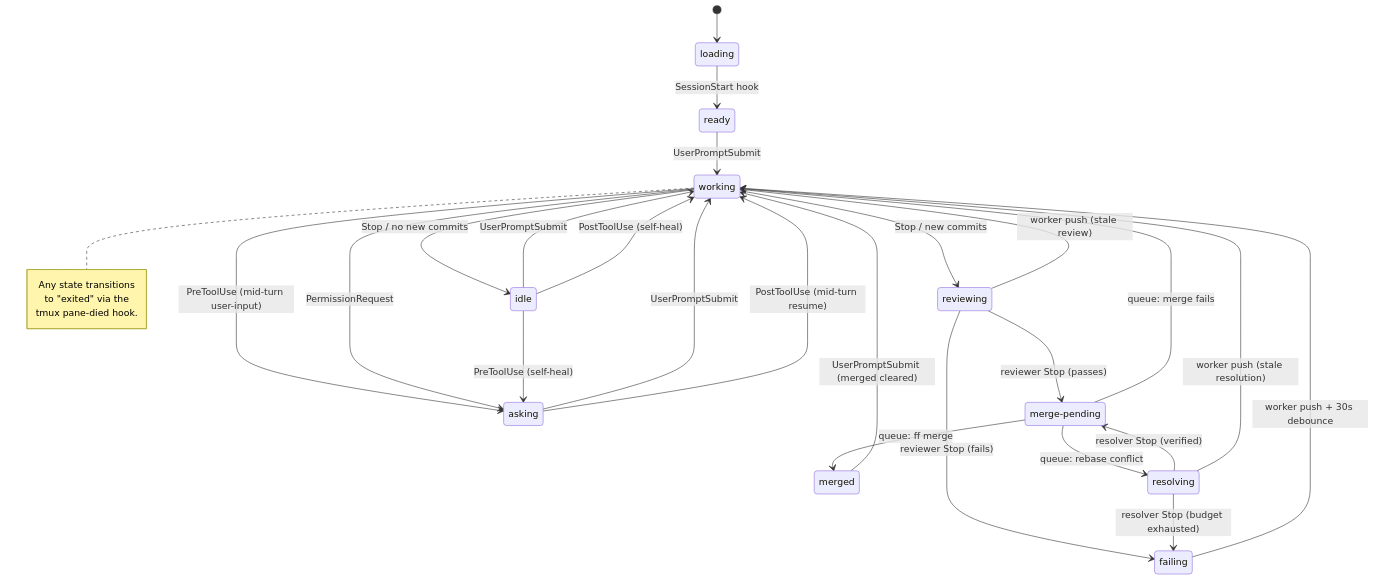
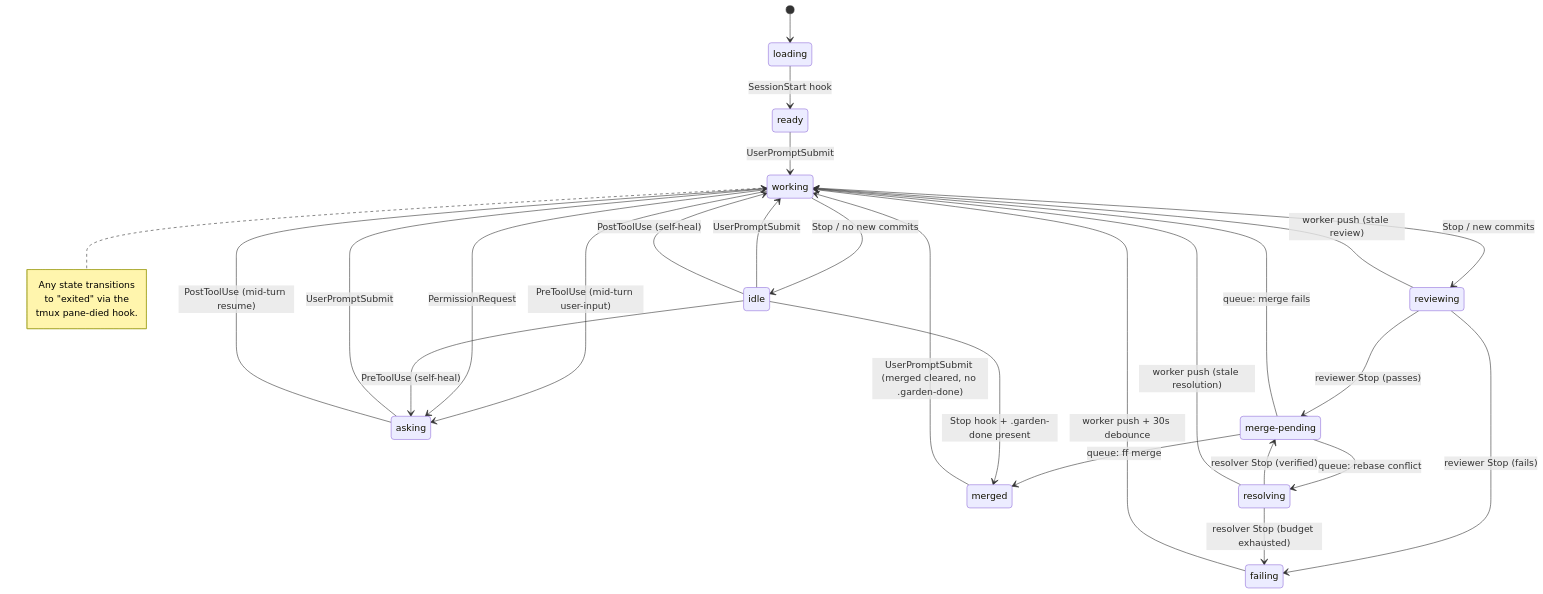
Before and after one commit to keychanger/garden: the first of 4 diagrams in src/dashboard/STATUS.md, drawn with Mermaid. The commit also changed other lines of this file and 3 other files, not shown here.

````diff
--- a/src/dashboard/STATUS.md
+++ b/src/dashboard/STATUS.md
@@ -58,42 +58,43 @@
 ```mermaid
 stateDiagram-v2
     [*] --> loading
     loading --> ready : SessionStart hook
     ready --> working : UserPromptSubmit
 
     working --> idle : Stop / no new commits
     working --> asking : PreToolUse (mid-turn user-input)
     working --> asking : PermissionRequest
     working --> reviewing : Stop / new commits
 
     idle --> working : UserPromptSubmit
     idle --> working : PostToolUse (self-heal)
     idle --> asking : PreToolUse (self-heal)
 
     asking --> working : UserPromptSubmit
     asking --> working : PostToolUse (mid-turn resume)
 
     reviewing --> merge_pending : reviewer Stop (passes)
     reviewing --> failing : reviewer Stop (fails)
     reviewing --> working : worker push (stale review)
 
     merge_pending --> merged : queue: ff merge
     merge_pending --> resolving : queue: rebase conflict
     merge_pending --> working : queue: merge fails
 
     resolving --> merge_pending : resolver Stop (verified)
     resolving --> failing : resolver Stop (budget exhausted)
     resolving --> working : worker push (stale resolution)
 
-    merged --> working : UserPromptSubmit (merged cleared)
+    merged --> working : UserPromptSubmit (merged cleared, no .garden-done)
+    idle --> merged : Stop hook + .garden-done present
 
     failing --> working : worker push + 30s debounce
 
     state "merge-pending" as merge_pending
 
     note right of working
         Any state transitions
         to "exited" via the
         tmux pane-died hook.
     end note
 ```
````
